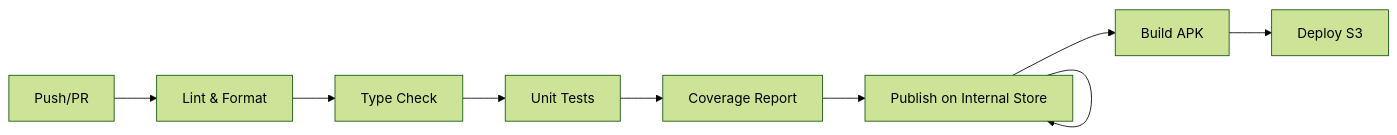
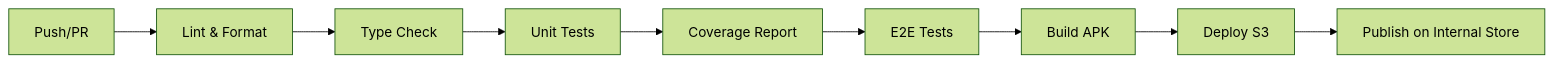
One commit to narradorww/TaskManager changed the diagram in README.md. Above: the diagram before and after it, drawn with Mermaid (forest theme).

Commit message:
fix: mermaid flow of cicd

````diff
--- a/README.md
+++ b/README.md
@@ -126,11 +126,11 @@
 ```mermaid
 graph LR
     A[Push/PR] --> B[Lint & Format]
     B --> C[Type Check]
     C --> D[Unit Tests]
     D --> E[Coverage Report]
     E --> F[E2E Tests]
     F --> G[Build APK]
     G --> H[Deploy S3]
-    F --> F[Publish on Internal Store]
+    H --> I[Publish on Internal Store]
 ```
````
